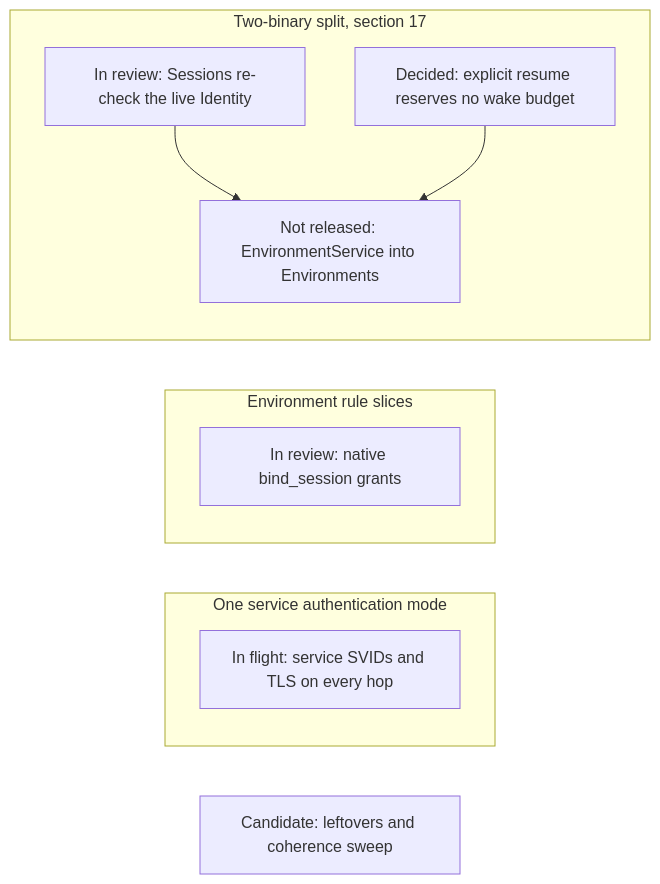
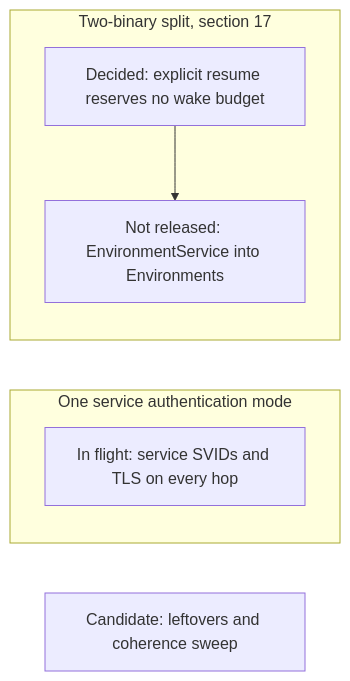
The first of 21 diagrams in agentplane/plans/task_dag.md (agentydragon/ducktape), drawn with Mermaid before and after one commit. The commit also changed other lines of this file and 2 other files, not shown here.

````diff
--- a/agentplane/plans/task_dag.md
+++ b/agentplane/plans/task_dag.md
@@ -199,17 +199,12 @@
 ```mermaid
 flowchart LR
     subgraph AUTH_TRACK[One service authentication mode]
         PRIVILEGED_BACKEND_AUTH_DESIGN[In flight: service SVIDs and TLS on every hop]
     end
-    subgraph RULE_TRACK[Environment rule slices]
-        ENVIRONMENT_IDENTITY_BIND_SESSION[In review: native bind_session grants]
-    end
     subgraph SPLIT_TRACK[Two-binary split, section 17]
-        SANDBOX_IDENTITY_RECHECK[In review: Sessions re-check the live Identity]
         EXPLICIT_RESUME_BUDGET_REMOVAL[Decided: explicit resume reserves no wake budget]
         ENVIRONMENT_SERVICE_TO_ENVIRONMENTS[Not released: EnvironmentService into Environments]
-        SANDBOX_IDENTITY_RECHECK --> ENVIRONMENT_SERVICE_TO_ENVIRONMENTS
         EXPLICIT_RESUME_BUDGET_REMOVAL --> ENVIRONMENT_SERVICE_TO_ENVIRONMENTS
     end
     REFACTOR_COHERENCE_AUDIT[Candidate: leftovers and coherence sweep]
 ```
````
